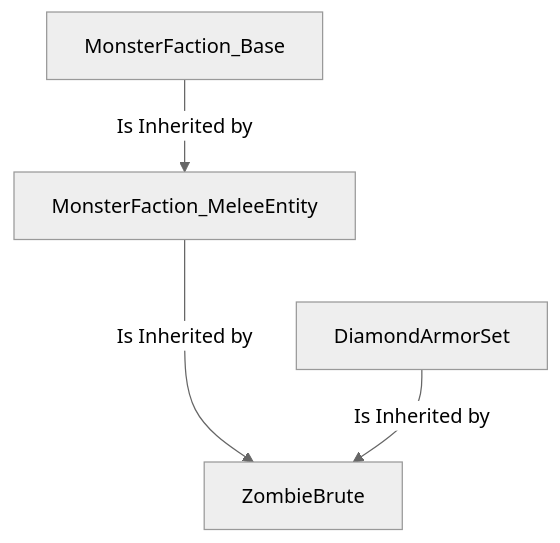
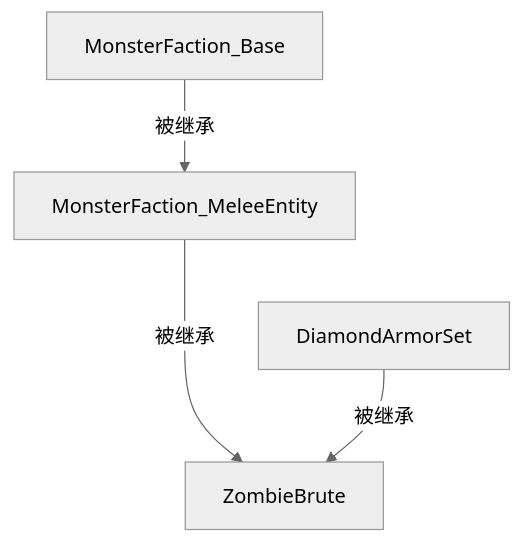
The third of 3 diagrams in Mobs/Templates.md (woshiermuqwq/wiki), drawn with Mermaid (neutral theme) before and after one commit. The commit also changed other lines of this file and 1 other file, not shown here.

````diff
--- a/Mobs/Templates.md
+++ b/Mobs/Templates.md
@@ -306,5 +304,5 @@
 ```mermaid
 flowchart TD
-    A[MonsterFaction_Base] -->|Is Inherited by| B[MonsterFaction_MeleeEntity] --->|Is Inherited by| C[ZombieBrute]
-    D[DiamondArmorSet]  --> |Is Inherited by| C[ZombieBrute]
+    A[MonsterFaction_Base] -->|被继承| B[MonsterFaction_MeleeEntity] --->|被继承| C[ZombieBrute]
+    D[DiamondArmorSet]  --> |被继承| C[ZombieBrute]
 ```
````
